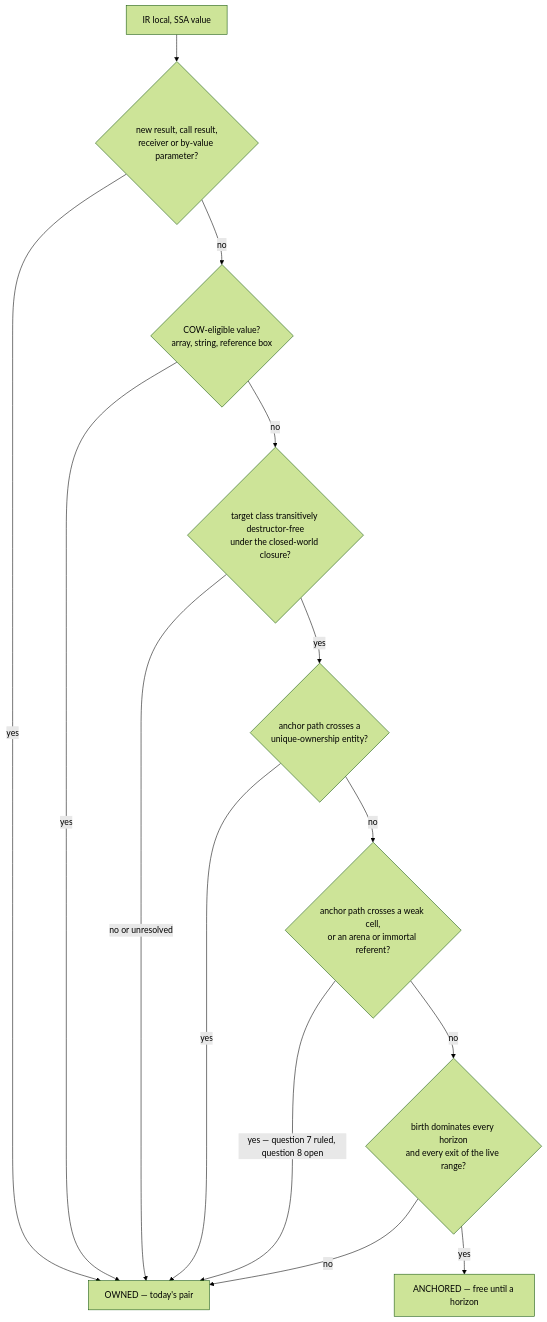
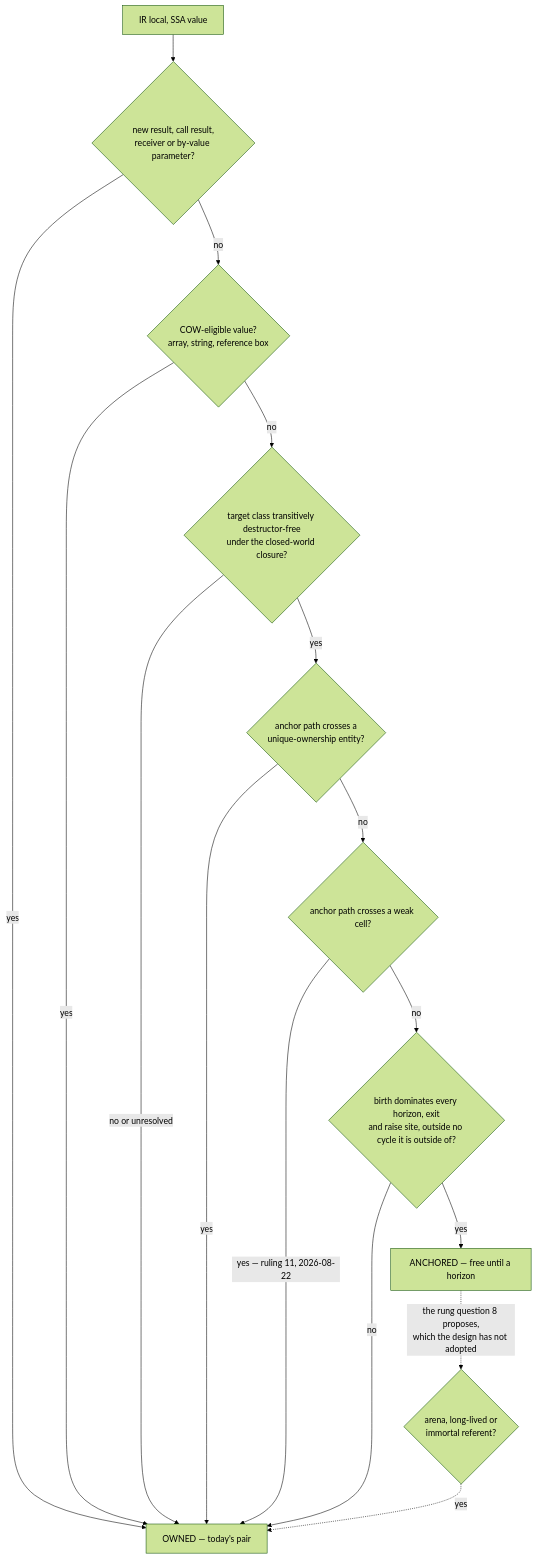
The first of 4 diagrams in model/gc/gc-horizon-states.md (limelight-lang/rfc), drawn with Mermaid (forest theme) before and after one commit. The commit also changed other lines of this file and 16 other files, not shown here.

````diff
--- a/model/gc/gc-horizon-states.md
+++ b/model/gc/gc-horizon-states.md
@@ -118,16 +118,18 @@
 ```mermaid
 flowchart TD
     L["IR local, SSA value"] --> N{"new result, call result,<br/>receiver or by-value parameter?"}
     N -->|yes| O["OWNED — today's pair"]
     N -->|no| C{"COW-eligible value?<br/>array, string, reference box"}
     C -->|yes| O
     C -->|no| D{"target class transitively destructor-free<br/>under the closed-world closure?"}
     D -->|no or unresolved| O
     D -->|yes| U{"anchor path crosses a<br/>unique-ownership entity?"}
     U -->|yes| O
-    U -->|no| W{"anchor path crosses a weak cell,<br/>or an arena or immortal referent?"}
-    W -->|"yes — question 7 ruled, question 8 open"| O
-    W -->|no| B{"birth dominates every horizon<br/>and every exit of the live range?"}
+    U -->|no| W{"anchor path crosses a weak cell?"}
+    W -->|"yes — ruling 11, 2026-08-22"| O
+    W -->|no| B{"birth dominates every horizon, exit<br/>and raise site, outside no cycle it is outside of?"}
     B -->|no| O
     B -->|yes| A["ANCHORED — free until a horizon"]
+    A -.->|"the rung question 8 proposes,<br/>which the design has not adopted"| Q{"arena, long-lived or<br/>immortal referent?"}
+    Q -.->|yes| O
 ```
````
